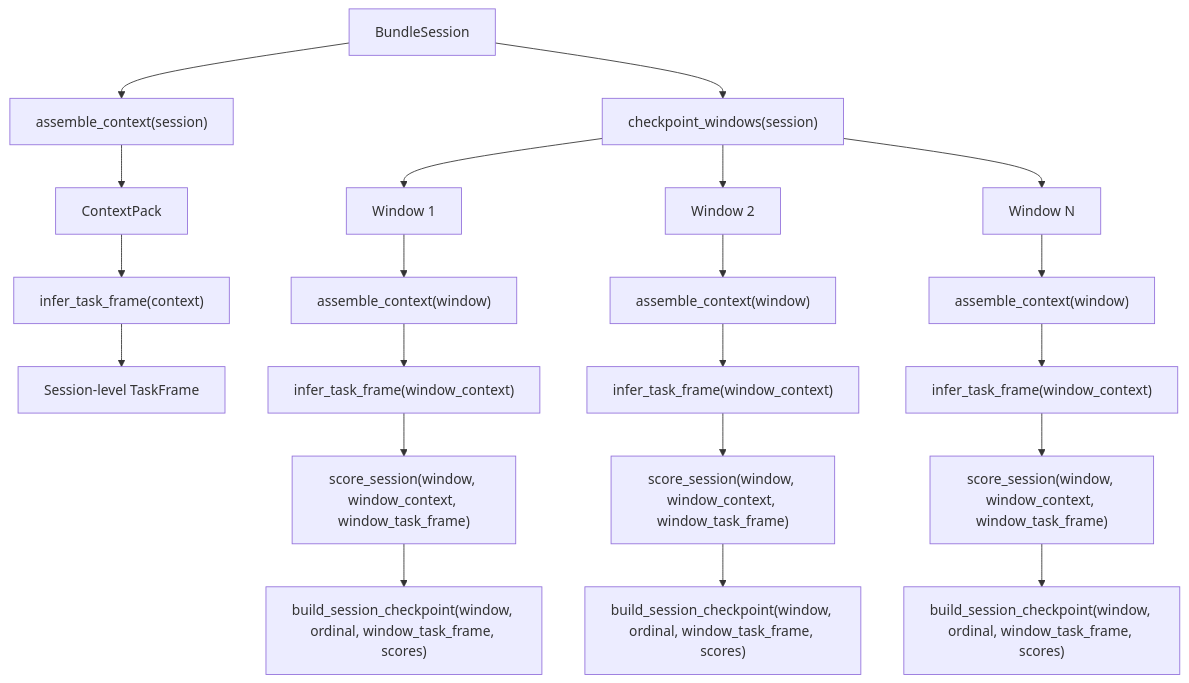
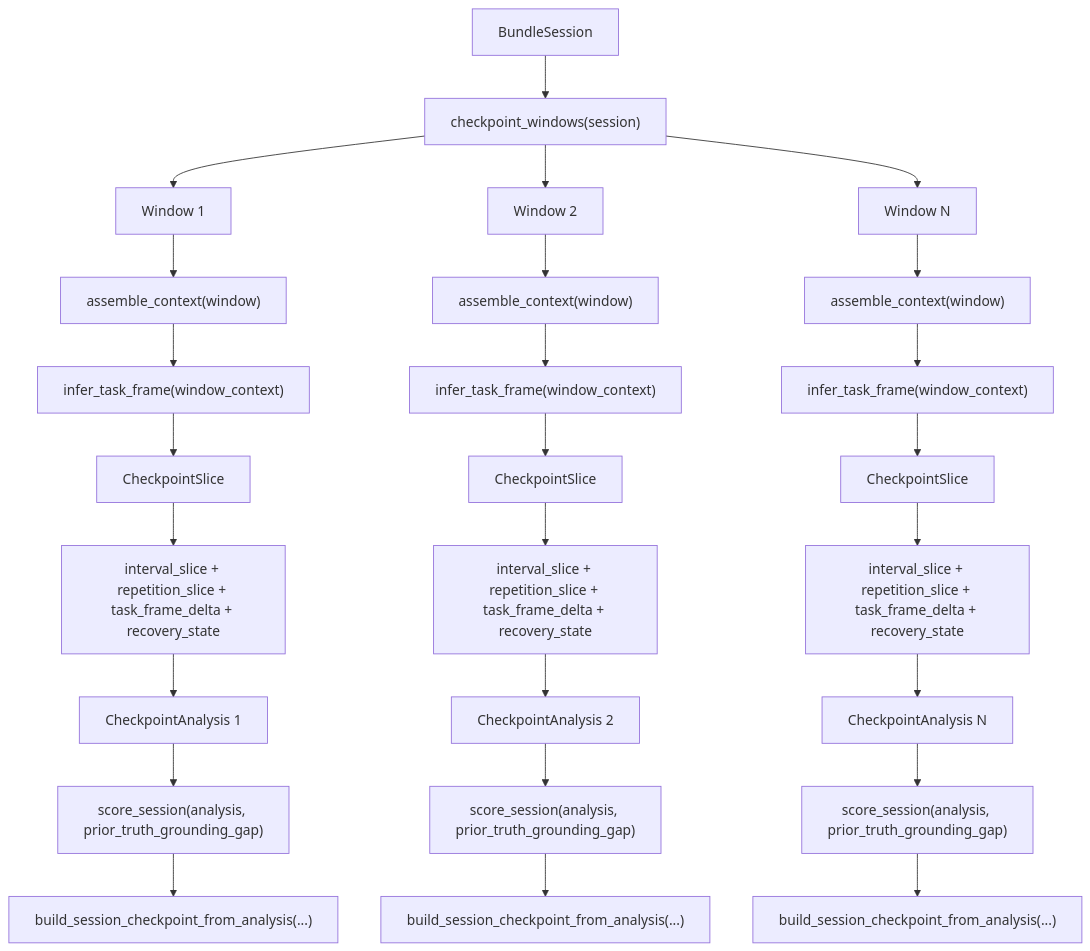
One commit to atomize-hq/substrate changed the second of 13 diagrams in docs/internals/agent-drift-analyzer-current-checkpoint-logic.md. Above: the diagram before and after it, drawn with Mermaid. The commit also changed other lines of this file and 1 other file, not shown here.

````diff
--- a/docs/internals/agent-drift-analyzer-current-checkpoint-logic.md
+++ b/docs/internals/agent-drift-analyzer-current-checkpoint-logic.md
@@ -44,23 +41,28 @@
 ```mermaid
 flowchart TD
-    A["BundleSession"] --> B["assemble_context(session)"]
-    B --> C["ContextPack"]
-    C --> D["infer_task_frame(context)"]
-    D --> E["Session-level TaskFrame"]
-    A --> F["checkpoint_windows(session)"]
-    F --> G["Window 1"]
-    F --> H["Window 2"]
-    F --> I["Window N"]
-    G --> J["assemble_context(window)"]
-    H --> K["assemble_context(window)"]
-    I --> L["assemble_context(window)"]
-    J --> M["infer_task_frame(window_context)"]
-    K --> N["infer_task_frame(window_context)"]
-    L --> O["infer_task_frame(window_context)"]
-    M --> P["score_session(window, window_context, window_task_frame)"]
-    N --> Q["score_session(window, window_context, window_task_frame)"]
-    O --> R["score_session(window, window_context, window_task_frame)"]
-    P --> S["build_session_checkpoint(window, ordinal, window_task_frame, scores)"]
-    Q --> T["build_session_checkpoint(window, ordinal, window_task_frame, scores)"]
-    R --> U["build_session_checkpoint(window, ordinal, window_task_frame, scores)"]
+    A["BundleSession"] --> B["checkpoint_windows(session)"]
+    B --> C["Window 1"]
+    B --> D["Window 2"]
+    B --> E["Window N"]
+    C --> F["assemble_context(window)"]
+    D --> G["assemble_context(window)"]
+    E --> H["assemble_context(window)"]
+    F --> I["infer_task_frame(window_context)"]
+    G --> J["infer_task_frame(window_context)"]
+    H --> K["infer_task_frame(window_context)"]
+    I --> L["CheckpointSlice"]
+    J --> M["CheckpointSlice"]
+    K --> N["CheckpointSlice"]
+    L --> O["interval_slice + repetition_slice + task_frame_delta + recovery_state"]
+    M --> P["interval_slice + repetition_slice + task_frame_delta + recovery_state"]
+    N --> Q["interval_slice + repetition_slice + task_frame_delta + recovery_state"]
+    O --> R["CheckpointAnalysis 1"]
+    P --> S["CheckpointAnalysis 2"]
+    Q --> T["CheckpointAnalysis N"]
+    R --> U["score_session(analysis, prior_truth_grounding_gap)"]
+    S --> V["score_session(analysis, prior_truth_grounding_gap)"]
+    T --> W["score_session(analysis, prior_truth_grounding_gap)"]
+    U --> X["build_session_checkpoint_from_analysis(...)"]
+    V --> Y["build_session_checkpoint_from_analysis(...)"]
+    W --> Z["build_session_checkpoint_from_analysis(...)"]
 ```
````
